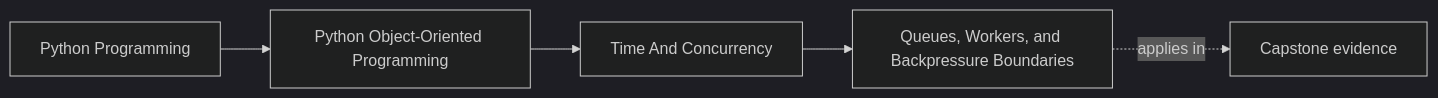
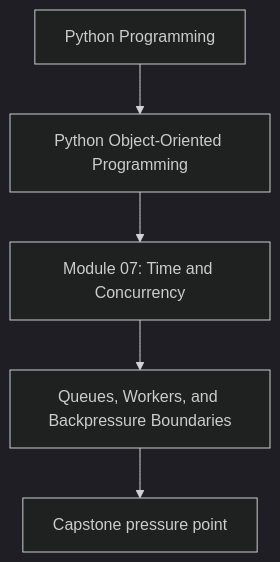
Before and after one commit to bijux/bijux-masterclass: the first of 2 diagrams in programs/python-programming/python-object-oriented-programming/course-book/module-07-time-and-concurrency/queues-workers-and-backpressure-boundaries.md, drawn with Mermaid (dark theme). The commit also changed other lines of this file and 107 other files, not shown here.

Commit message:
docs(python-object-oriented-programming): align concept page diagrams

````diff
--- a/programs/python-programming/python-object-oriented-programming/course-book/module-07-time-and-concurrency/queues-workers-and-backpressure-boundaries.md
+++ b/programs/python-programming/python-object-oriented-programming/course-book/module-07-time-and-concurrency/queues-workers-and-backpressure-boundaries.md
@@ -7,11 +7,7 @@
 ```mermaid
-graph LR
-  family["Python Programming"]
-  program["Python Object-Oriented Programming"]
-  section["Time And Concurrency"]
-  page["Queues, Workers, and Backpressure Boundaries"]
-  capstone["Capstone evidence"]
-
-  family --> program --> section --> page
-  page -.applies in.-> capstone
+flowchart TD
+  family["Python Programming"] --> program["Python Object-Oriented Programming"]
+  program --> module["Module 07: Time and Concurrency"]
+  module --> concept["Queues, Workers, and Backpressure Boundaries"]
+  concept --> capstone["Capstone pressure point"]
 ```
````
